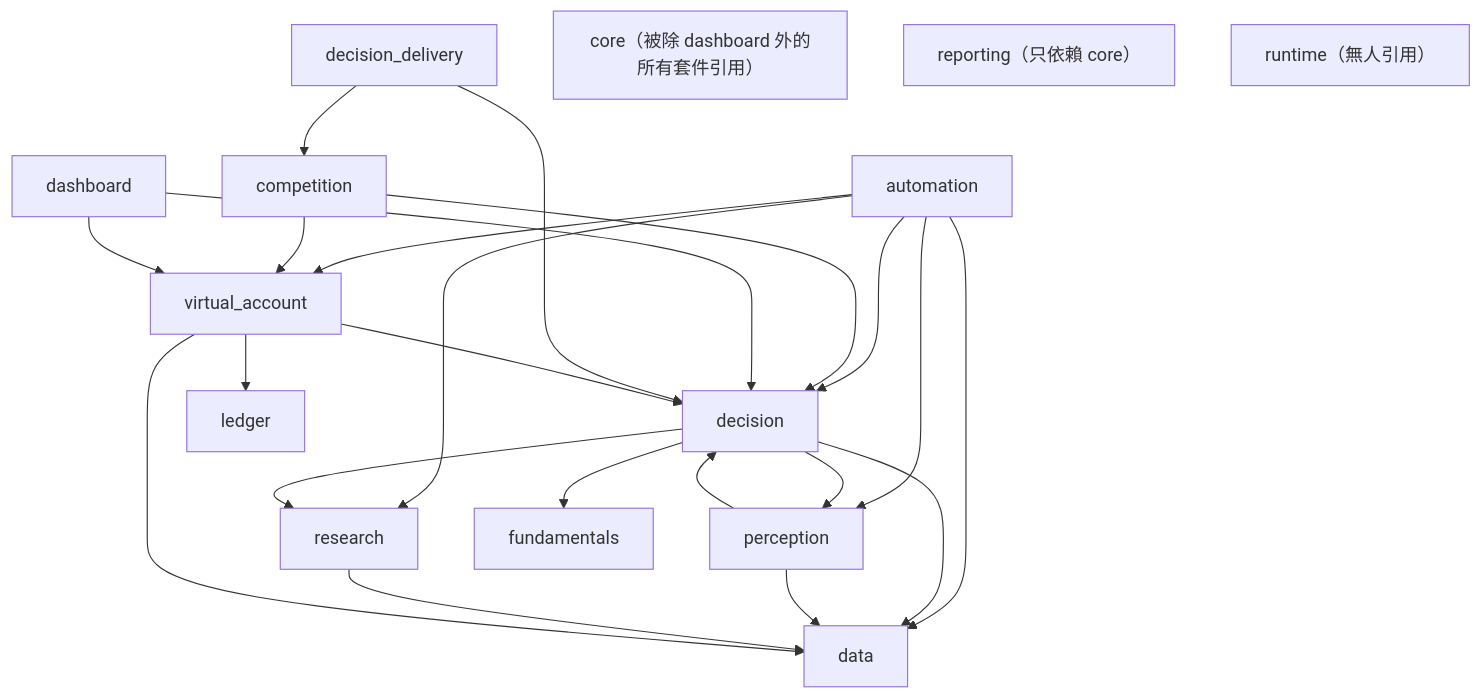
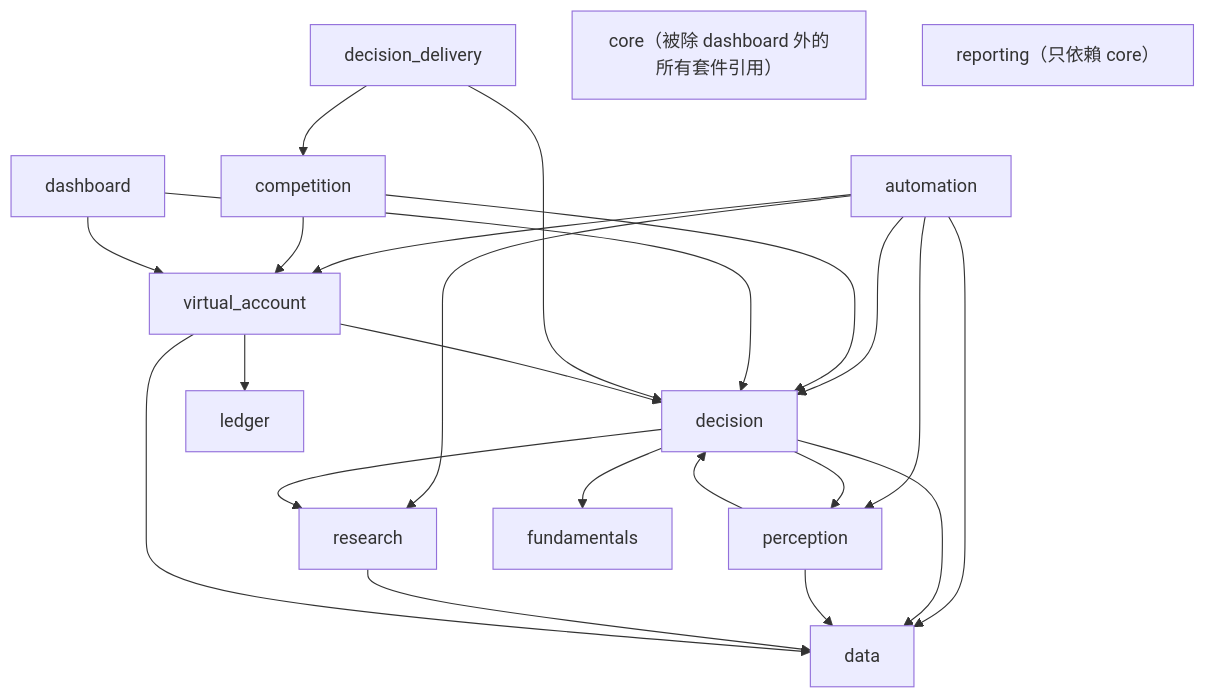
The first of 2 diagrams in docs/modules.md (zxcvb8885123/ETF-AGENTS), drawn with Mermaid before and after one commit. The commit also changed other lines of this file and 60 other files, not shown here.

````diff
--- a/docs/modules.md
+++ b/docs/modules.md
@@ -9,35 +9,34 @@
 ```mermaid
 flowchart TD
     automation --> data
     automation --> decision
     automation --> perception
     automation --> research
     automation --> virtual_account
 
     competition --> decision
     competition --> virtual_account
 
     dashboard --> decision
     dashboard --> virtual_account
 
     decision --> data
     decision --> fundamentals
     decision --> perception
     decision --> research
 
     decision_delivery --> competition
     decision_delivery --> decision
 
     perception --> data
     perception --> decision
 
     research --> data
 
     virtual_account --> data
     virtual_account --> decision
     virtual_account --> ledger
 
     core["core（被除 dashboard 外的所有套件引用）"]
     reporting["reporting（只依賴 core）"]
-    runtime["runtime（無人引用）"]
 ```
````
